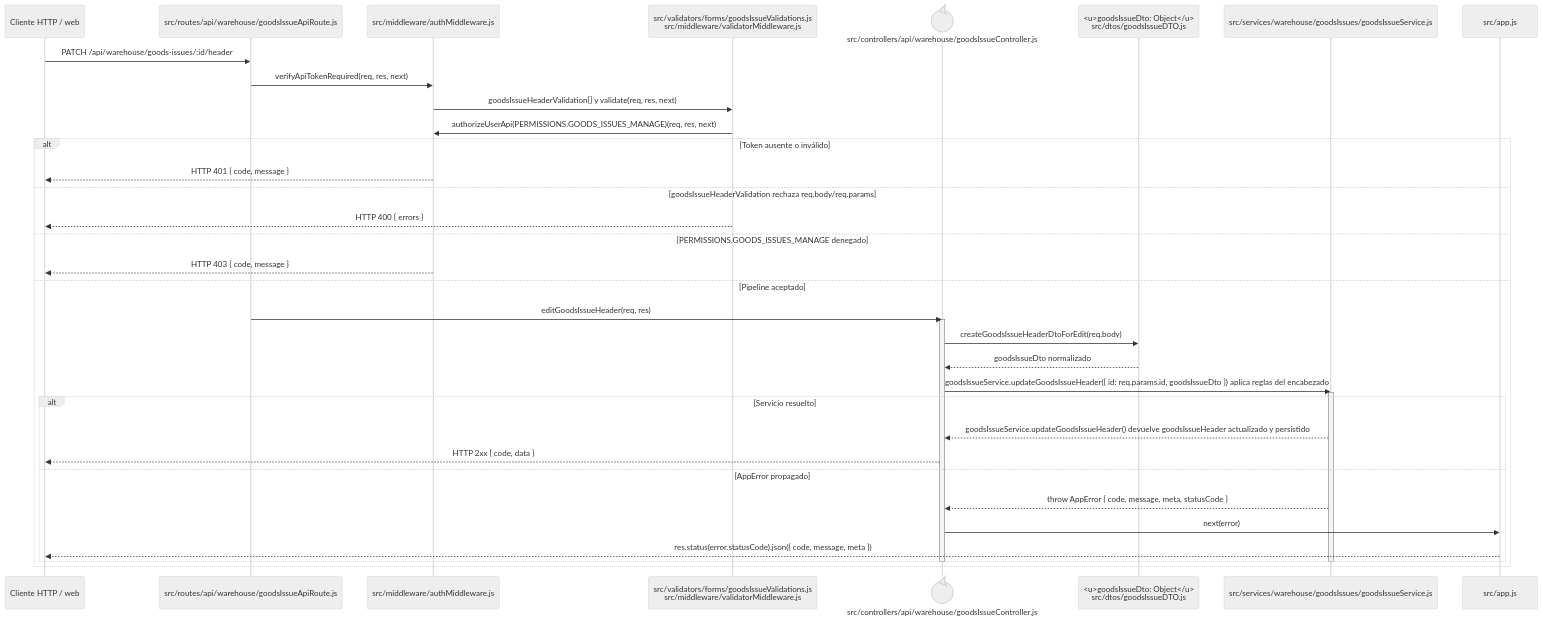
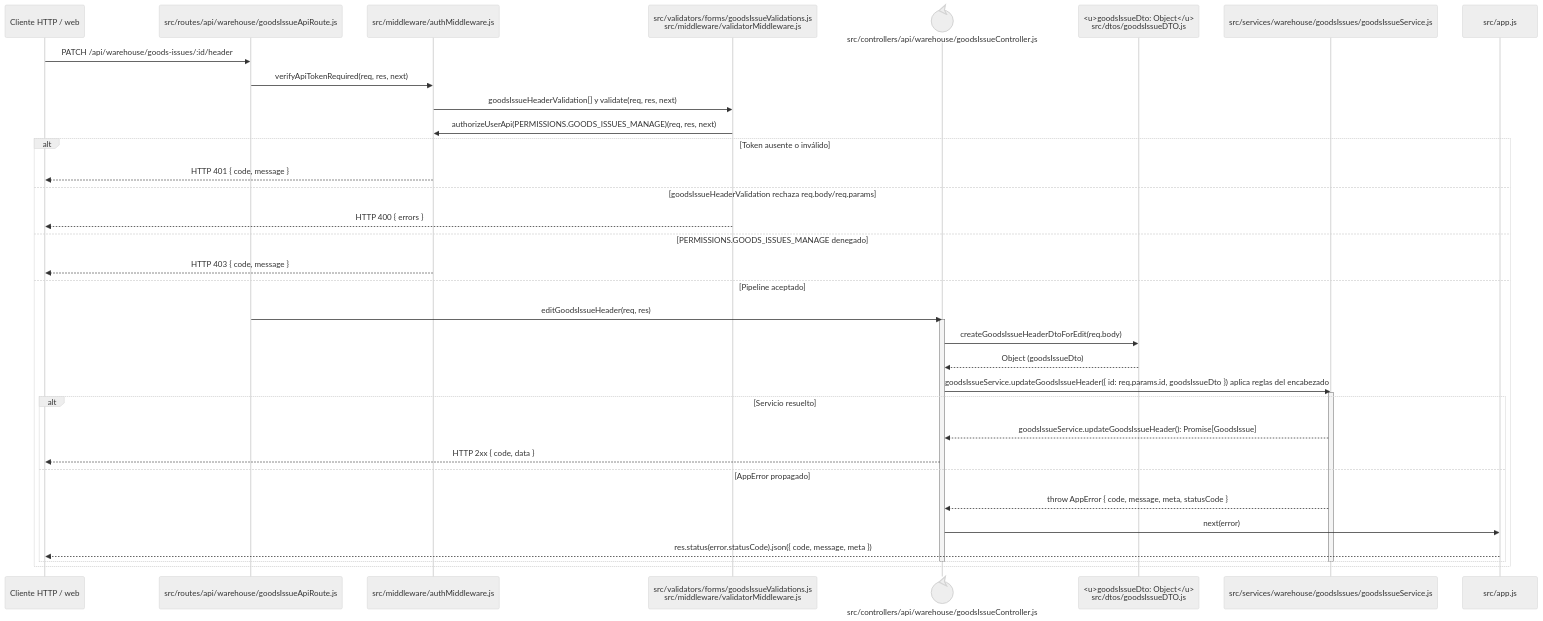
One commit to gpgsistemas01/nexus changed the diagram in docs/architecture/backend-code-sequences/issues/cu-sal-03.md. Above: the diagram before and after it, drawn with Mermaid (neutral theme). The commit also changed 146 other files, not shown here.

````diff
--- a/docs/architecture/backend-code-sequences/issues/cu-sal-03.md
+++ b/docs/architecture/backend-code-sequences/issues/cu-sal-03.md
@@ -6,40 +6,40 @@
 ```mermaid
 sequenceDiagram
     participant Client as Cliente HTTP / web
     participant Route as src/routes/api/warehouse/goodsIssueApiRoute.js
     participant Auth as src/middleware/authMiddleware.js
     participant Validator as src/validators/forms/goodsIssueValidations.js<br/>src/middleware/validatorMiddleware.js
     participant Controller@{ "type": "control" } as src/controllers/api/warehouse/goodsIssueController.js
     participant IssueDto as <u>goodsIssueDto: Object</u><br/>src/dtos/goodsIssueDTO.js
     participant Domain as src/services/warehouse/goodsIssues/goodsIssueService.js
     participant ErrorHandler as src/app.js
 
     Client->>Route: PATCH /api/warehouse/goods-issues/:id/header
     Route->>Auth: verifyApiTokenRequired(req, res, next)
     Auth->>Validator: goodsIssueHeaderValidation[] y validate(req, res, next)
     Validator->>Auth: authorizeUserApi(PERMISSIONS.GOODS_ISSUES_MANAGE)(req, res, next)
     alt Token ausente o inválido
         Auth-->>Client: HTTP 401 { code, message }
     else goodsIssueHeaderValidation rechaza req.body/req.params
         Validator-->>Client: HTTP 400 { errors }
     else PERMISSIONS.GOODS_ISSUES_MANAGE denegado
         Auth-->>Client: HTTP 403 { code, message }
     else Pipeline aceptado
         Route->>Controller: editGoodsIssueHeader(req, res)
         activate Controller
         Controller->>IssueDto: createGoodsIssueHeaderDtoForEdit(req.body)
-        IssueDto-->>Controller: goodsIssueDto normalizado
+        IssueDto-->>Controller: Object (goodsIssueDto)
         Controller->>Domain: goodsIssueService.updateGoodsIssueHeader({ id: req.params.id, goodsIssueDto }) aplica reglas del encabezado
         activate Domain
         alt Servicio resuelto
-            Domain-->>Controller: goodsIssueService.updateGoodsIssueHeader() devuelve goodsIssueHeader actualizado y persistido
+            Domain-->>Controller: goodsIssueService.updateGoodsIssueHeader(): Promise[GoodsIssue]
             Controller-->>Client: HTTP 2xx { code, data }
         else AppError propagado
             Domain-->>Controller: throw AppError { code, message, meta, statusCode }
             Controller->>ErrorHandler: next(error)
             ErrorHandler-->>Client: res.status(error.statusCode).json({ code, message, meta })
         end
         deactivate Domain
         deactivate Controller
     end
 ```
````
